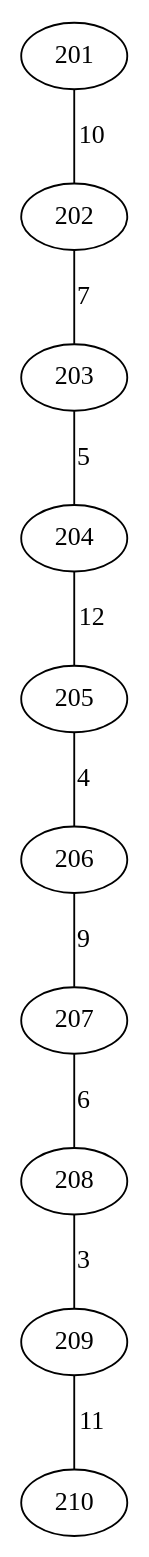
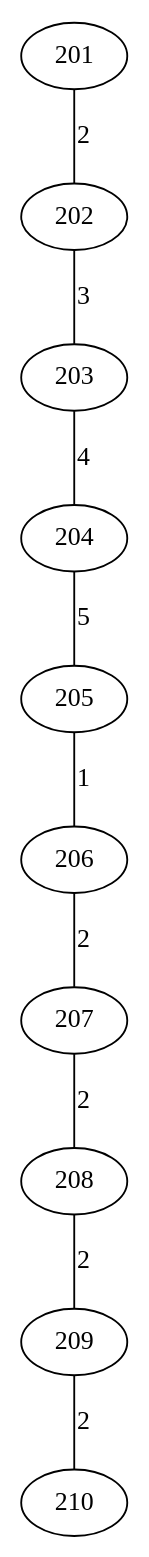
Before and after one commit to intel00000/git-demo: the diagram in Room data.dot, drawn with Graphviz.

```diff
--- a/Room data.dot
+++ b/Room data.dot
@@ -1,23 +1,23 @@
 graph {
     201 [label = "201", description = "Computer Lab"];
     202 [label = "202", description = "Science Laboratory"];
     203 [label = "203", description = "Art Studio"];
     204 [label = "204", description = "Music Room"];
     205 [label = "205", description = "Library"];
     206 [label = "206", description = "Conference Room"];
     207 [label = "207", description = "Faculty Office"];
     208 [label = "208", description = "Student Lounge"];
     209 [label = "209", description = "Gymnasium"];
     210 [label = "210", description = "Cafeteria"];
 
     // distance
-    201 -- 202 [label = 10;];
-    202 -- 203 [label = 7;];
-    203 -- 204 [label = 5;];
-    204 -- 205 [label = 12;];
-    205 -- 206 [label = 4;];
-    206 -- 207 [label = 9;];
-    207 -- 208 [label = 6;];
-    208 -- 209 [label = 3;];
-    209 -- 210 [label = 11;];
+    201 -- 202 [label = 2;];
+    202 -- 203 [label = 3;];
+    203 -- 204 [label = 4;];
+    204 -- 205 [label = 5;];
+    205 -- 206 [label = 1;];
+    206 -- 207 [label = 2;];
+    207 -- 208 [label = 2;];
+    208 -- 209 [label = 2;];
+    209 -- 210 [label = 2;];
 }
```
